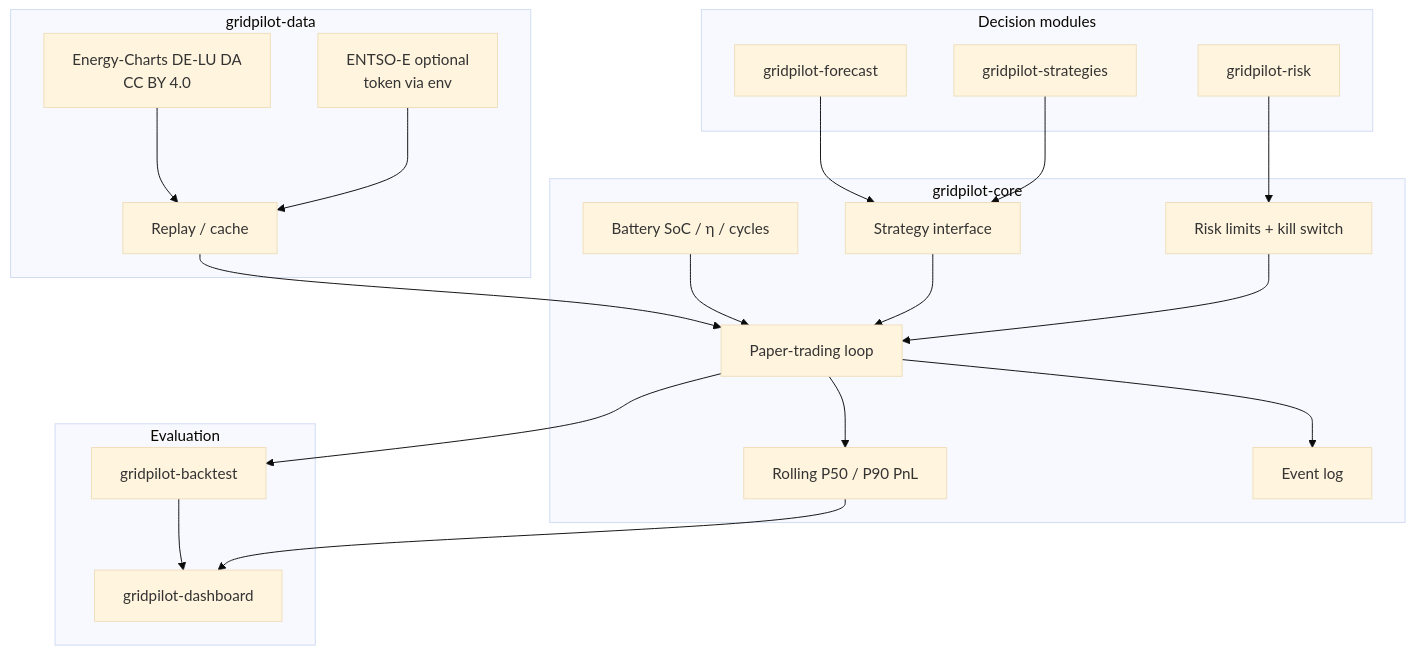
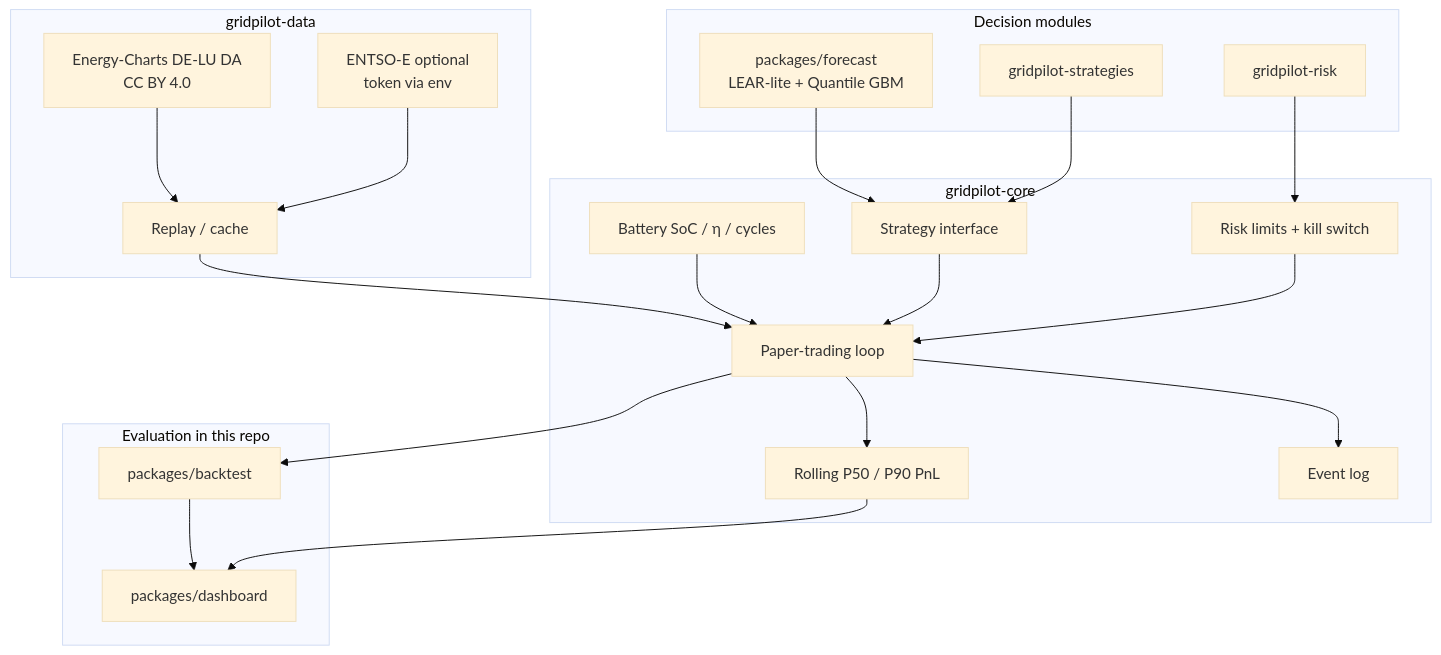
Before and after one commit to DataWithSyed/gridpilot: the diagram in README.md, drawn with Mermaid (base theme). The commit also changed other lines of this file and 33 other files, not shown here.

First line of the commit message:
Add forecast, backtest and dashboard packages under the umbrella

````diff
--- a/README.md
+++ b/README.md
@@ -15,43 +15,43 @@
 ```mermaid
 flowchart TB
   subgraph data [gridpilot-data]
     EC[Energy-Charts DE-LU DA<br/>CC BY 4.0]
     ENTSO[ENTSO-E optional<br/>token via env]
     Replay[Replay / cache]
   end
 
   subgraph core [gridpilot-core]
     Batt[Battery SoC / η / cycles]
     StratIF[Strategy interface]
     RiskCore[Risk limits + kill switch]
     Paper[Paper-trading loop]
     Pctl[Rolling P50 / P90 PnL]
     Log[Event log]
   end
 
   subgraph brain [Decision modules]
-    FC[gridpilot-forecast]
+    FC["packages/forecast<br/>LEAR-lite + Quantile GBM"]
     STR[gridpilot-strategies]
     RSK[gridpilot-risk]
   end
 
-  subgraph eval [Evaluation]
-    BT[gridpilot-backtest]
-    UI[gridpilot-dashboard]
+  subgraph eval [Evaluation in this repo]
+    BT[packages/backtest]
+    UI[packages/dashboard]
   end
 
   EC --> Replay
   ENTSO --> Replay
   Replay --> Paper
   Batt --> Paper
   StratIF --> Paper
   RiskCore --> Paper
   Paper --> Log
   Paper --> Pctl
   FC --> StratIF
   STR --> StratIF
   RSK --> RiskCore
   Paper --> BT
   BT --> UI
   Pctl --> UI
 ```
````
